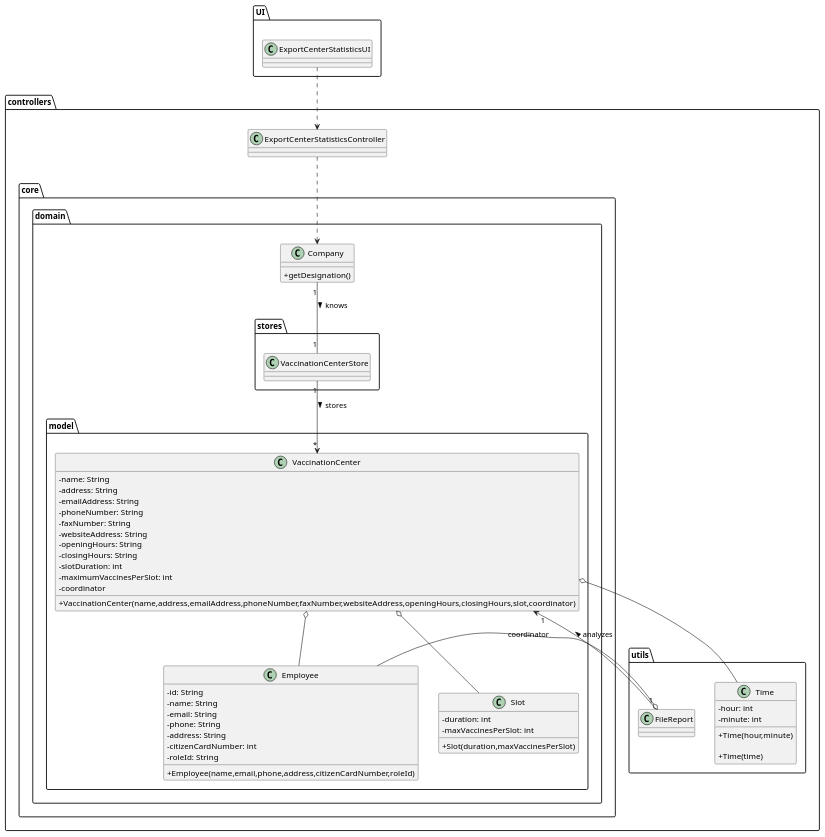
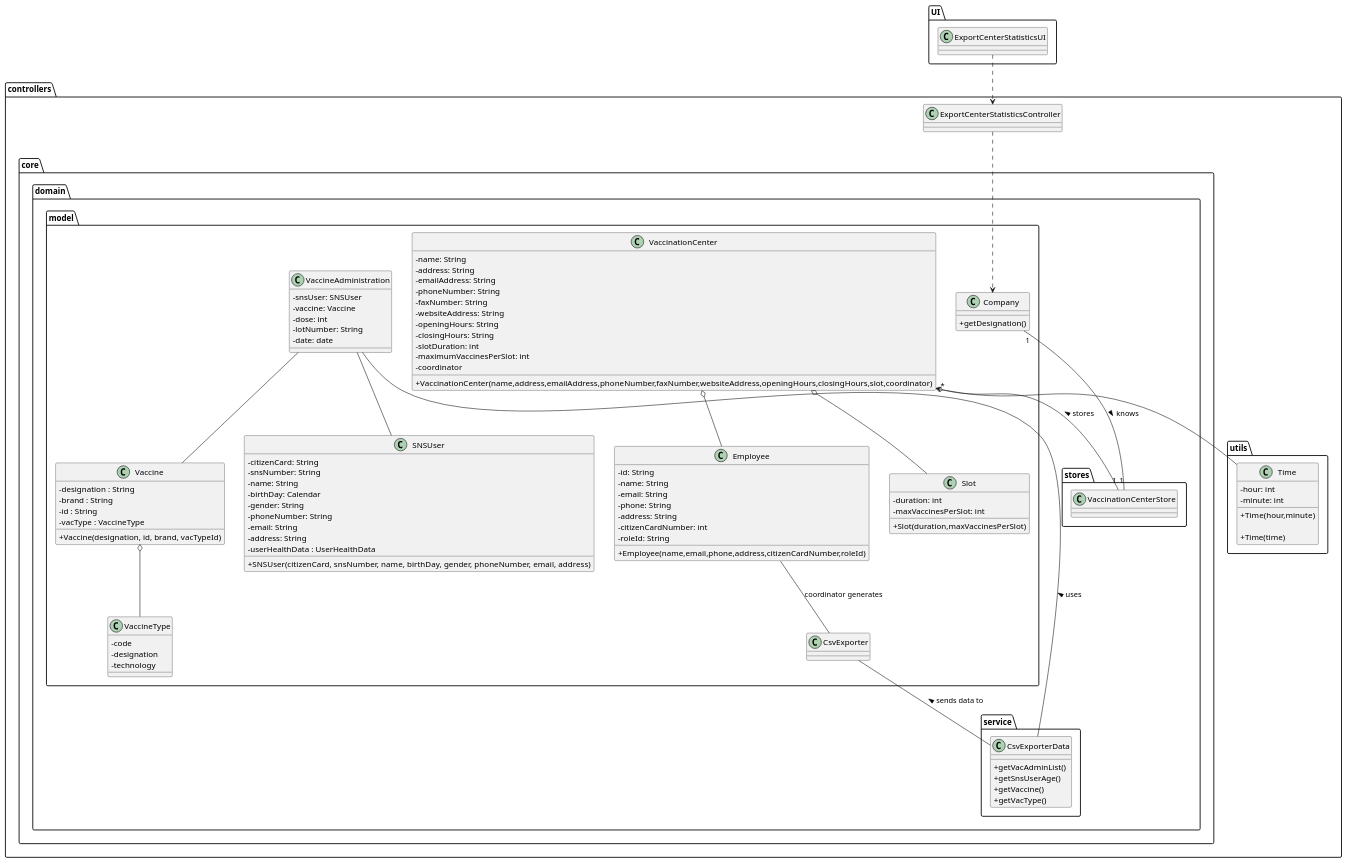
One commit to miseEnPlace-i/lapr2 changed the diagram in docs/SprintD/US15/CD/US15_CD.puml. Above: the diagram before and after it, drawn with PlantUML. The commit also changed 1 other file, not shown here.

```diff
--- a/docs/SprintD/US15/CD/US15_CD.puml
+++ b/docs/SprintD/US15/CD/US15_CD.puml
@@ -1,94 +1,151 @@
 @startuml US15_CD
 skinparam classAttributeIconSize 0
 
 package UI {
 class ExportCenterStatisticsUI {}
 }
 
 package controllers {
      class ExportCenterStatisticsController {
 
      }
 
    package utils {
      class Time {
        - hour: int
        - minute: int
        +Time(hour,minute)
 
        +Time(time)
      }
-    class FileReport {}
    }
 
 package core {
   package domain {
 
-class Company {
-    +getDesignation()
+    package service {
+
+class CsvExporterData {
+    +getVacAdminList()
+    +getSnsUserAge()
+    +getVaccine()
+    +getVacType()
+    }
 }
 
     package model {
 
+class CsvExporter {}
+
+class VaccineAdministration {
+  -snsUser: SNSUser
+  -vaccine: Vaccine
+  -dose: int
+  -lotNumber: String
+  -date: date
+}
+
+class Company {
+    +getDesignation()
+}
 
 class VaccinationCenter {
     - name: String
     - address: String
     - emailAddress: String
     - phoneNumber: String
     - faxNumber: String
     - websiteAddress: String
     - openingHours: String
     - closingHours: String
     - slotDuration: int
     - maximumVaccinesPerSlot: int
     - coordinator
         
     +VaccinationCenter(name,address,emailAddress,phoneNumber,faxNumber,websiteAddress,openingHours,closingHours,slot,coordinator)
 }
 
 
 class Employee {
     -id: String 
     -name: String 
     -email: String 
     -phone: String 
     -address: String 
     -citizenCardNumber: int 
     -roleId: String 
 
     +Employee(name,email,phone,address,citizenCardNumber,roleId)
 }
 
 class Slot {
     -duration: int
     -maxVaccinesPerSlot: int
 
     +Slot(duration,maxVaccinesPerSlot)
 }
 
+class Vaccine {
+  -designation : String
+  -brand : String
+  -id : String
+  -vacType : VaccineType
+
+  +Vaccine(designation, id, brand, vacTypeId)
+}
+
+class VaccineType {
+  -code
+  -designation
+  -technology 
+}
+
+class SNSUser {
+  - citizenCard: String
+  - snsNumber: String
+  - name: String
+  - birthDay: Calendar
+  - gender: String
+  - phoneNumber: String
+  - email: String
+  - address: String
+  - userHealthData : UserHealthData
+  + SNSUser(citizenCard, snsNumber, name, birthDay, gender, phoneNumber, email, address)
+}
+
+
 }
 
 package stores {
       class VaccinationCenterStore {}
       }
-    }
+}
 
 
 
 
 
 ExportCenterStatisticsUI ..> ExportCenterStatisticsController
 
 ExportCenterStatisticsController ..> Company
 
 Company "1" -- "1" VaccinationCenterStore : knows >
 
 VaccinationCenter o-- Employee
 VaccinationCenter o-- Time 
 VaccinationCenter o-- Slot
-Employee --o FileReport : coordinator
-FileReport "1" --> "1" VaccinationCenter : analyzes >
+
+Vaccine o-- VaccineType
+
+VaccineAdministration -- Vaccine
+VaccineAdministration -- SNSUser
+
+CsvExporterData -- VaccineAdministration : uses >
+
+CsvExporter -- CsvExporterData : sends data to <
+
+Employee -- CsvExporter : coordinator generates
+
 
 VaccinationCenterStore "1" --> "*" VaccinationCenter : stores >
 @enduml
```
